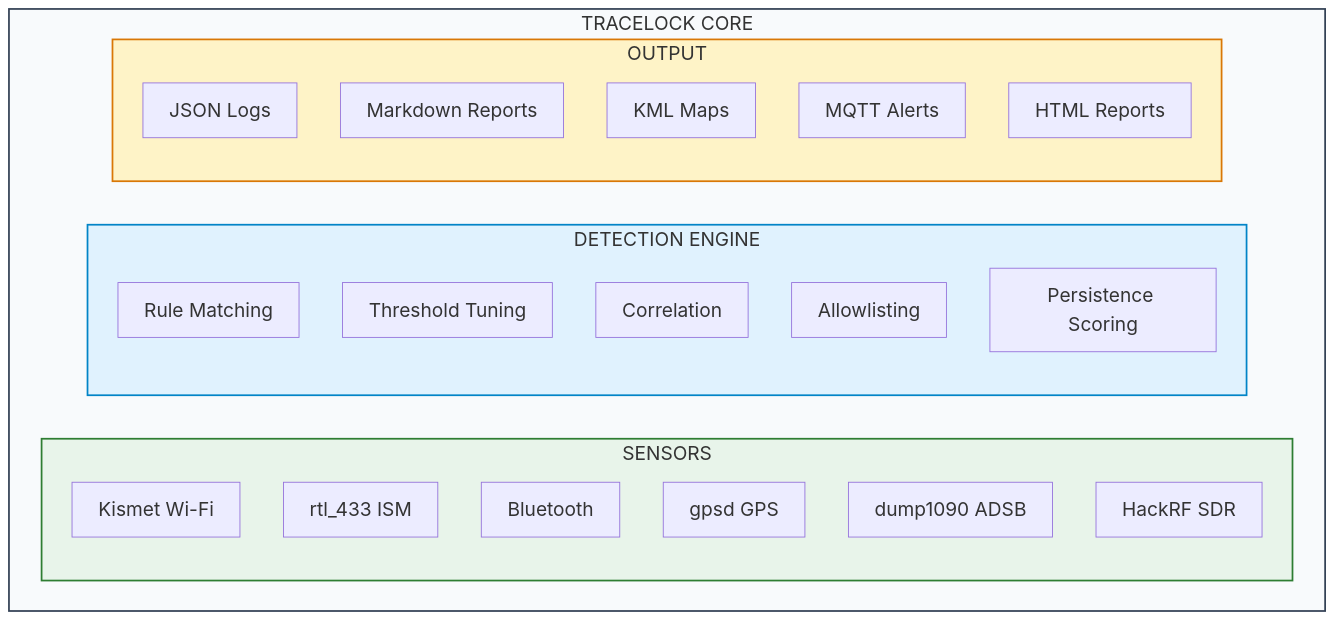
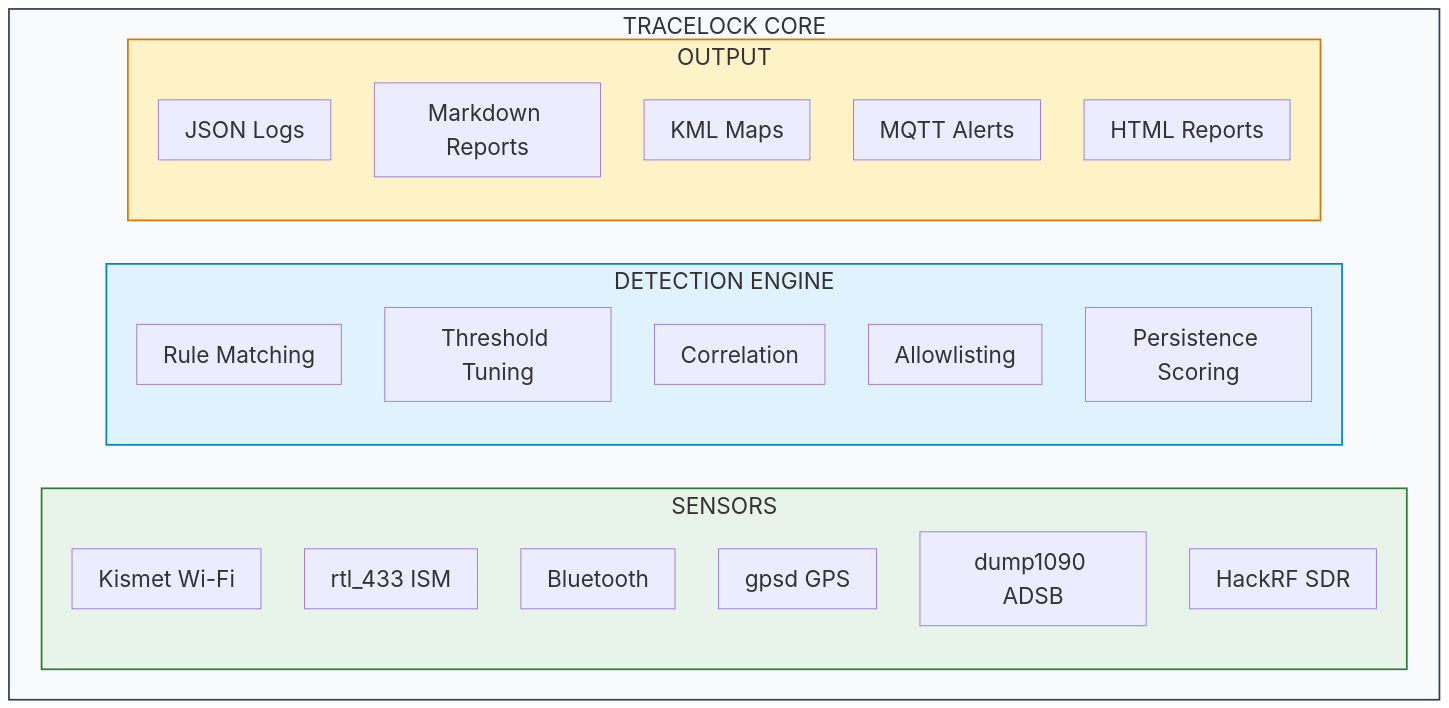
The second of 3 diagrams in docs/cybersecurity/tracelock.md (Pharns/portfolio), drawn with Mermaid before and after one commit. The commit also changed other lines of this file, not shown here.

Commit message:
Increase TraceLock diagram font sizes

````diff
--- a/docs/cybersecurity/tracelock.md
+++ b/docs/cybersecurity/tracelock.md
@@ -159,34 +159,34 @@
 ```mermaid
-%%{init: {"themeVariables": {"fontSize": "22px"}}}%%
+%%{init: {"themeVariables": {"fontSize": "26px"}}}%%
 flowchart LR
     subgraph CORE["TRACELOCK CORE"]
         direction LR
         subgraph S["SENSORS"]
             S1["Kismet Wi-Fi"]
             S2["rtl_433 ISM"]
             S3["Bluetooth"]
             S4["gpsd GPS"]
             S5["dump1090 ADSB"]
             S6["HackRF SDR"]
         end
         subgraph D["DETECTION ENGINE"]
             D1["Rule Matching"]
             D2["Threshold Tuning"]
             D3["Correlation"]
             D4["Allowlisting"]
             D5["Persistence Scoring"]
         end
         subgraph O["OUTPUT"]
             O1["JSON Logs"]
             O2["Markdown Reports"]
             O3["KML Maps"]
             O4["MQTT Alerts"]
             O5["HTML Reports"]
         end
     end
 
     style CORE fill:#f8fafc,stroke:#334155,stroke-width:2px
     style S fill:#e8f4ea,stroke:#2e7d32,stroke-width:2px
     style D fill:#e0f2fe,stroke:#0284c7,stroke-width:2px
     style O fill:#fef3c7,stroke:#d97706,stroke-width:2px
 ```
````
